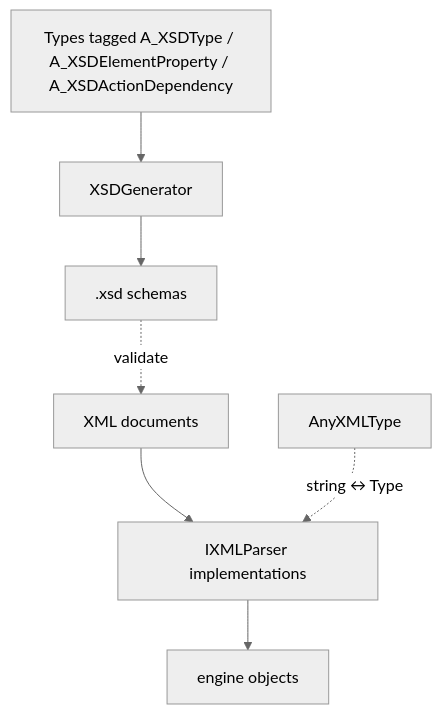
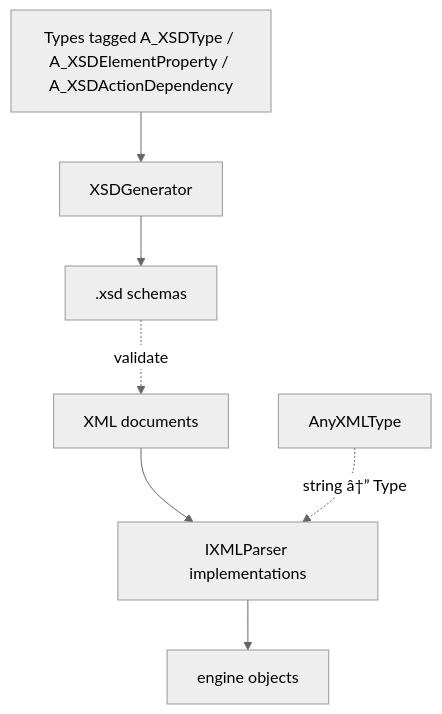
One commit to NexerG/Project-Aurora changed the diagram in DOCUMENTATION/Engine/Systems/XML-XSD.md. Above: the diagram before and after it, drawn with Mermaid (neutral theme). The commit also changed other lines of this file and 54 other files, not shown here.

````diff
--- a/DOCUMENTATION/Engine/Systems/XML-XSD.md
+++ b/DOCUMENTATION/Engine/Systems/XML-XSD.md
@@ -38,9 +38,9 @@
 ```mermaid
 graph TD
   Types[Types tagged A_XSDType / A_XSDElementProperty / A_XSDActionDependency] --> Gen[XSDGenerator]
   Gen --> Schemas[.xsd schemas]
   Schemas -. validate .-> Docs[XML documents]
   Docs --> Parse[IXMLParser implementations]
   Parse --> Objects[engine objects]
-  AnyType[AnyXMLType] -. string ↔ Type .-> Parse
+  AnyType[AnyXMLType] -. string â†” Type .-> Parse
 ```
````
